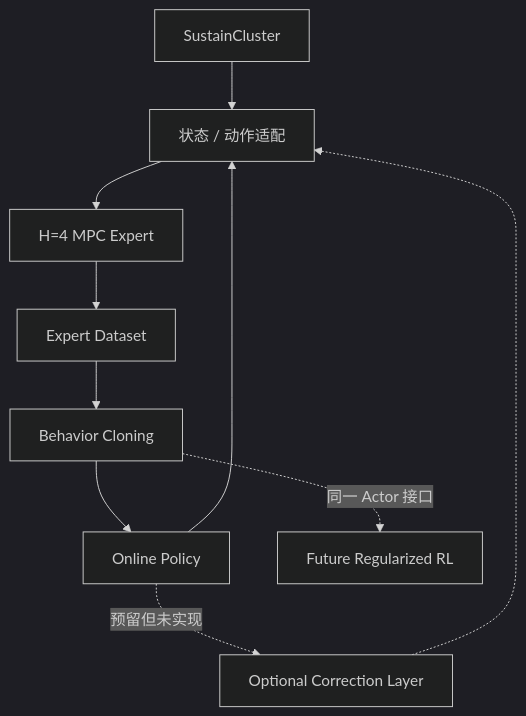
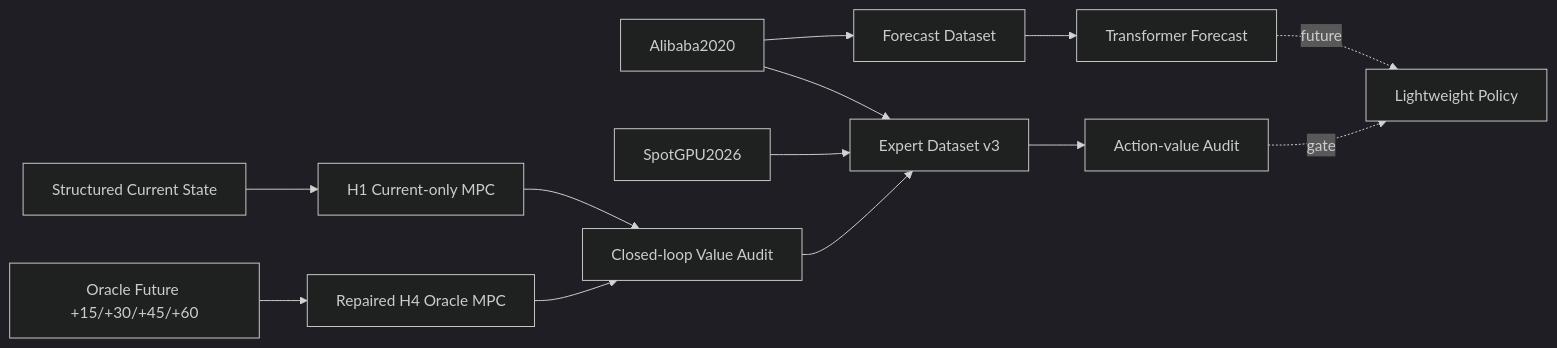
Before and after one commit to sins1029/ai_system_collaboration: the diagram in README.md, drawn with Mermaid (dark theme). The commit also changed other lines of this file and 1 other file, not shown here.

````diff
--- a/README.md
+++ b/README.md
@@ -17,12 +62,15 @@
 ```mermaid
-flowchart TD
-    ENV[SustainCluster] --> ADAPTER[状态 / 动作适配]
-    ADAPTER --> MPC[H=4 MPC Expert]
-    MPC --> DATA[Expert Dataset]
-    DATA --> BC[Behavior Cloning]
-    BC --> POLICY[Online Policy]
-    POLICY --> ADAPTER
-    BC -. 同一 Actor 接口 .-> RL[Future Regularized RL]
-    POLICY -. 预留但未实现 .-> CORRECTION[Optional Correction Layer]
-    CORRECTION -.-> ADAPTER
+flowchart LR
+    Alibaba2020[Alibaba2020] --> ForecastData[Forecast Dataset]
+    ForecastData --> Transformer[Transformer Forecast]
+    Alibaba2020 --> ExpertData[Expert Dataset v3]
+    SpotGPU2026[SpotGPU2026] --> ExpertData
+    CurrentState[Structured Current State] --> H1[H1 Current-only MPC]
+    OracleFuture[Oracle Future +15/+30/+45/+60] --> H4[Repaired H4 Oracle MPC]
+    H1 --> ValueAudit[Closed-loop Value Audit]
+    H4 --> ValueAudit
+    ValueAudit --> ExpertData
+    ExpertData --> ActionValueAudit[Action-value Audit]
+    Transformer -. future .-> LightweightPolicy[Lightweight Policy]
+    ActionValueAudit -. gate .-> LightweightPolicy
 ```
````
